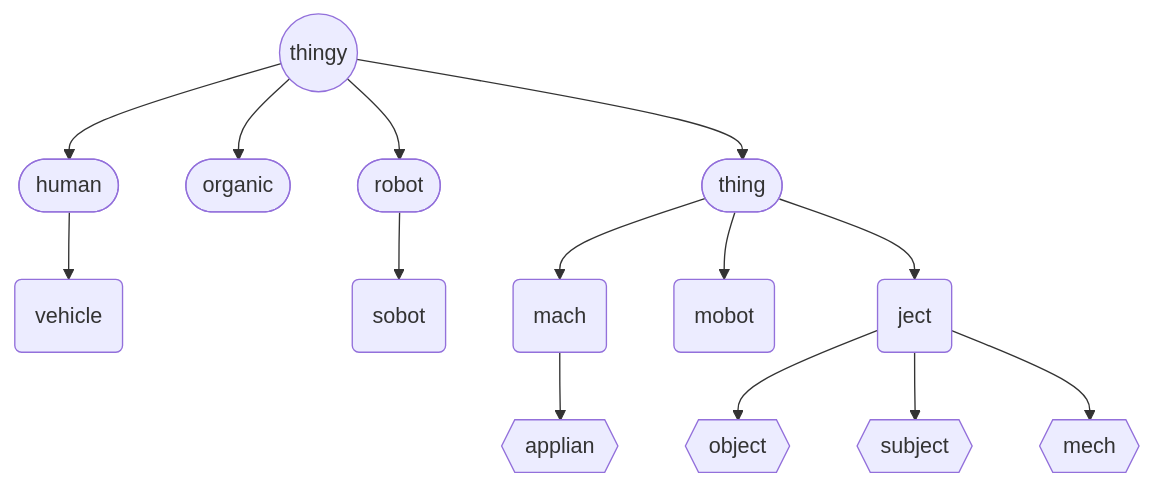
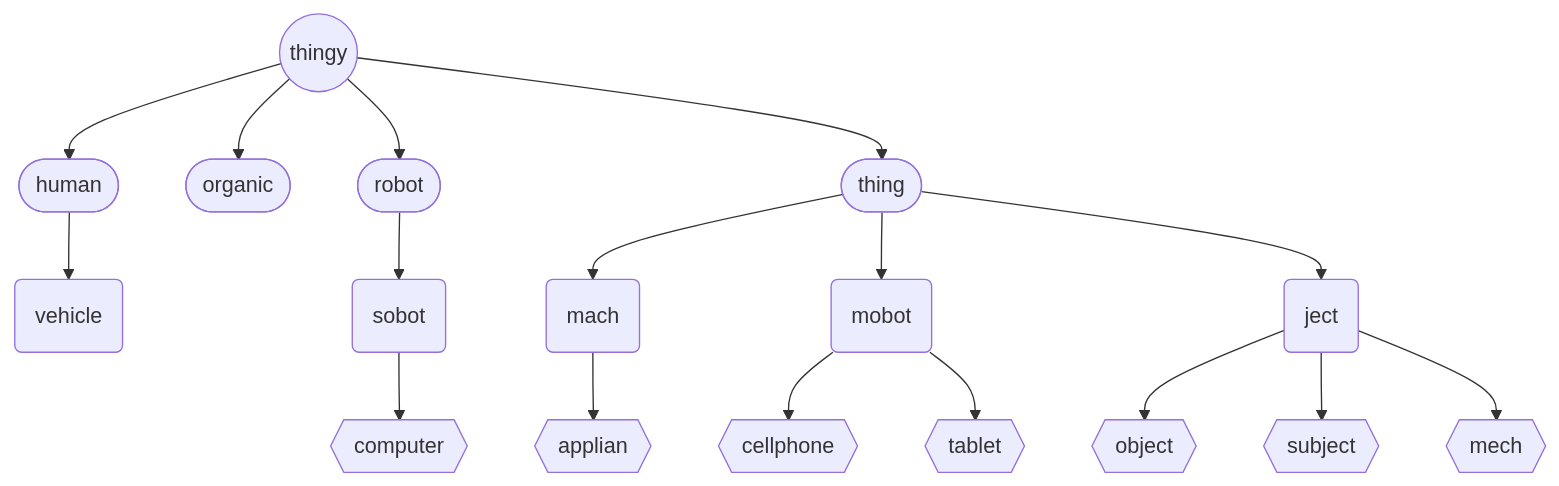
Before and after one commit to roboticist-tav/diego_documentation: the diagram in docs/physic/obj/thingy.md, drawn with Mermaid. The commit also changed other lines of this file and 11 other files, not shown here.

Commit message:
(various changes); kill, thingy, computer, robot, tablet  `_opsys()`

````diff
--- a/docs/physic/obj/thingy.md
+++ b/docs/physic/obj/thingy.md
@@ -4,16 +4,19 @@
 ```mermaid
     flowchart TD
     thingy((thingy)) --> human([human])
     thingy --> organic([organic])
     thingy --> robot([robot])
     thingy --> thing([thing])
     human --> vehicle(vehicle)
     robot --> sobot(sobot)
     thing --> mach(mach)
     thing --> mobot(mobot)
     thing --> ject(ject)
+    sobot --> pc{{computer}}
+    mobot --> cellphone{{cellphone}}
+    mobot --> tablet{{tablet}}
     mach --> applian{{applian}}
     ject --> object{{object}}
     ject --> subject{{subject}}
     ject --> mech{{mech}}
 ```
````
